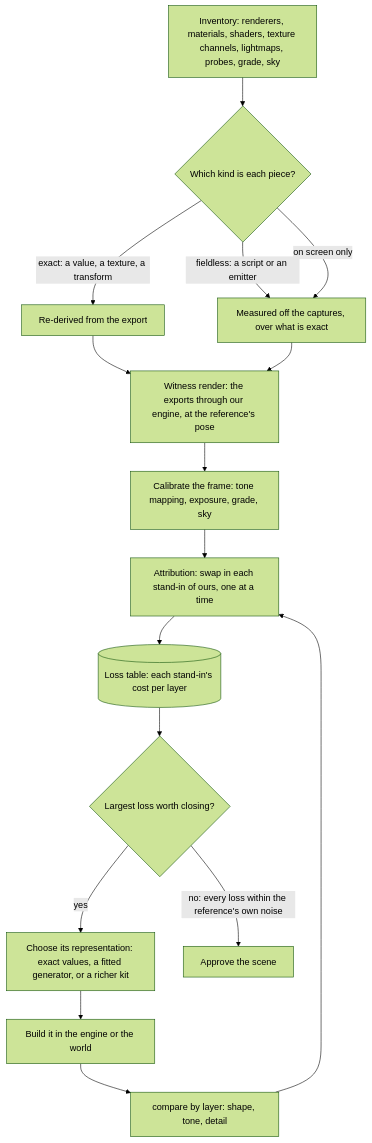
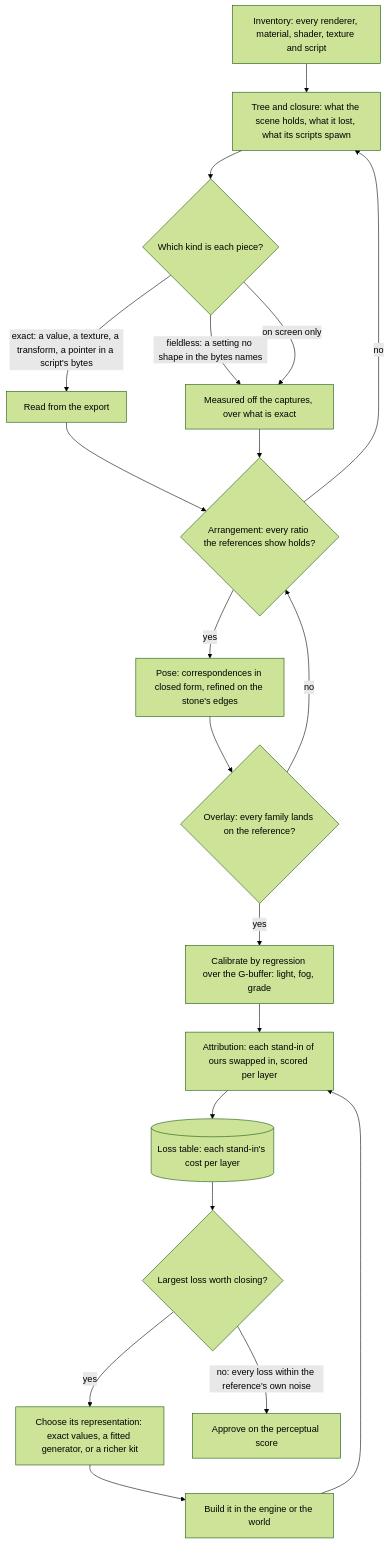
One commit to Esposter/Esposter changed the diagram in apps/web/content/docs/proposals/genshin/scene-derivation.md. Above: the diagram before and after it, drawn with Mermaid (forest theme). The commit also changed other lines of this file and 14 other files, not shown here.

First line of the commit message:
docs(genshin): a scene is solved unknown by unknown, and a stalled loop builds its missing tool

````diff
--- a/apps/web/content/docs/proposals/genshin/scene-derivation.md
+++ b/apps/web/content/docs/proposals/genshin/scene-derivation.md
@@ -27,18 +29,22 @@
 ```mermaid
 flowchart TD
-  I["Inventory: renderers, materials, shaders, texture channels, lightmaps, probes, grade, sky"] --> K{Which kind is each piece?}
-  K -->|"exact: a value, a texture, a transform"| X[Re-derived from the export]
-  K -->|"fieldless: a script or an emitter"| M[Measured off the captures, over what is exact]
+  I["Inventory: every renderer, material, shader, texture and script"] --> T["Tree and closure: what the scene holds, what it lost, what its scripts spawn"]
+  T --> K{Which kind is each piece?}
+  K -->|"exact: a value, a texture, a transform, a pointer in a script's bytes"| X[Read from the export]
+  K -->|"fieldless: a setting no shape in the bytes names"| M[Measured off the captures, over what is exact]
   K -->|"on screen only"| M
-  X --> W[Witness render: the exports through our engine, at the reference's pose]
-  M --> W
-  W --> C[Calibrate the frame: tone mapping, exposure, grade, sky]
-  C --> A["Attribution: swap in each stand-in of ours, one at a time"]
-  A --> T[(Loss table: each stand-in's cost per layer)]
-  T --> P{Largest loss worth closing?}
-  P -->|yes| R["Choose its representation: exact values, a fitted generator, or a richer kit"]
+  X --> A{"Arrangement: every ratio the references show holds?"}
+  M --> A
+  A -->|no| T
+  A -->|yes| P["Pose: correspondences in closed form, refined on the stone's edges"]
+  P --> W{"Overlay: every family lands on the reference?"}
+  W -->|no| A
+  W -->|yes| C["Calibrate by regression over the G-buffer: light, fog, grade"]
+  C --> L["Attribution: each stand-in of ours swapped in, scored per layer"]
+  L --> TB[(Loss table: each stand-in's cost per layer)]
+  TB --> Q{Largest loss worth closing?}
+  Q -->|yes| R["Choose its representation: exact values, a fitted generator, or a richer kit"]
   R --> B[Build it in the engine or the world]
-  B --> S["compare by layer: shape, tone, detail"]
-  S --> A
-  P -->|"no: every loss within the reference's own noise"| D[Approve the scene]
+  B --> L
+  Q -->|"no: every loss within the reference's own noise"| D[Approve on the perceptual score]
 ```
````
